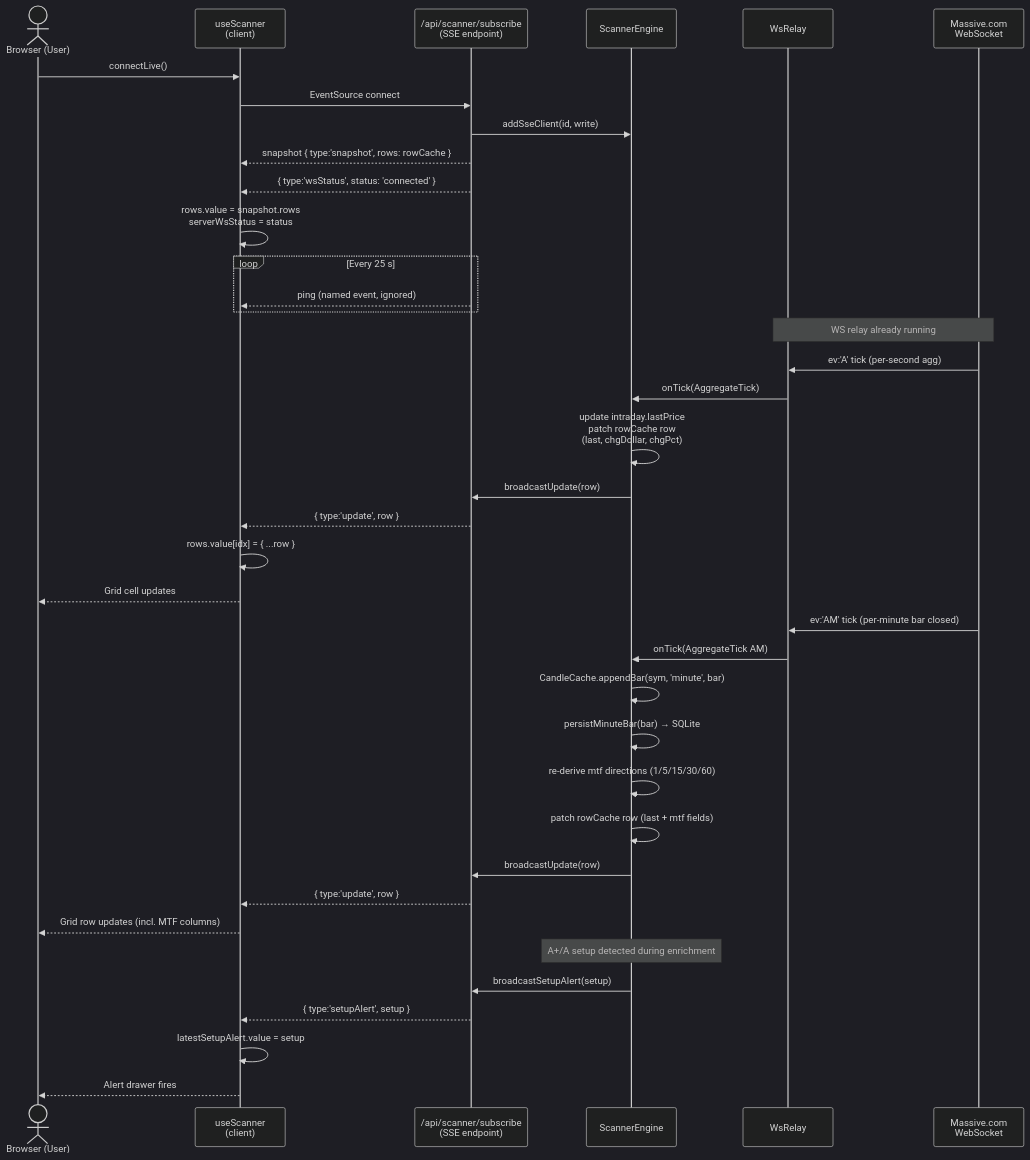
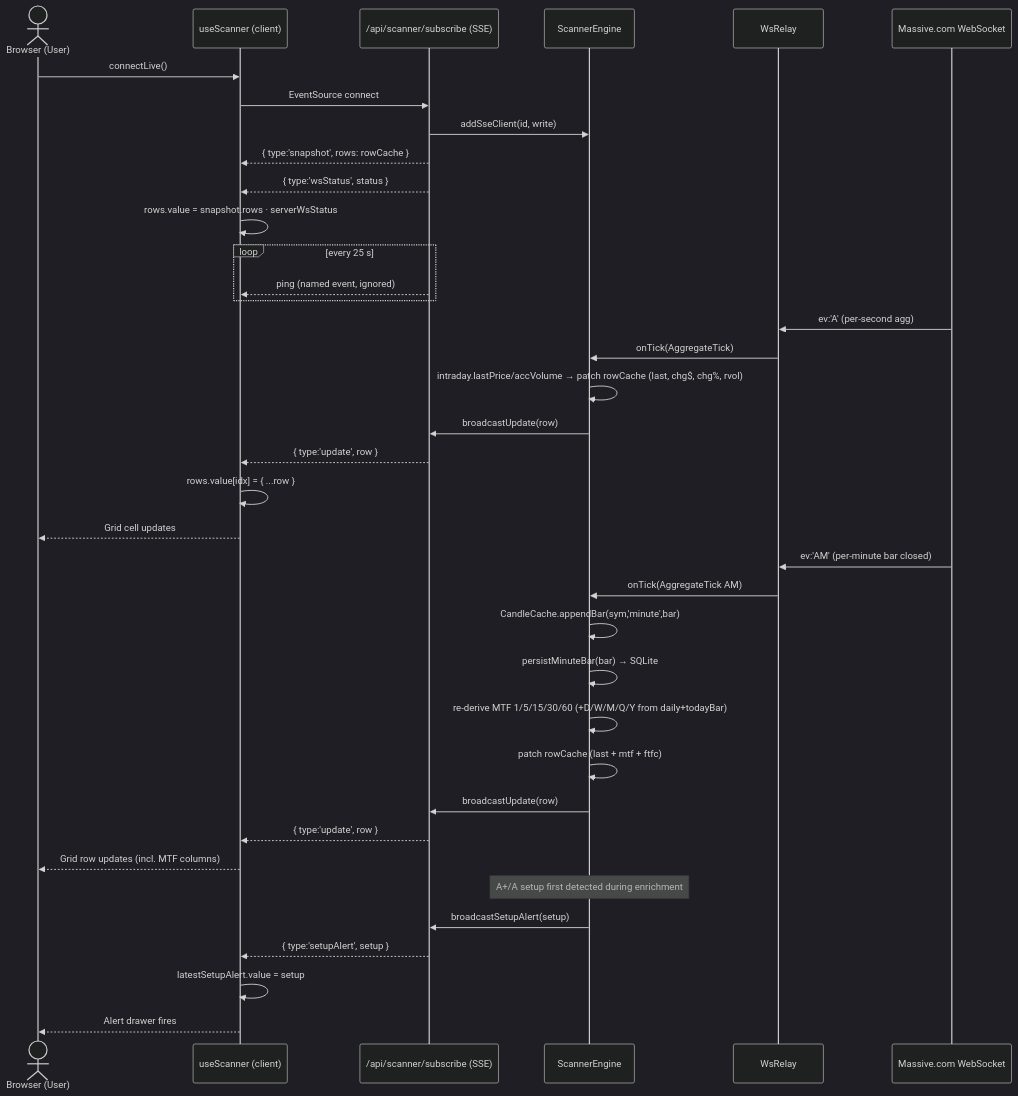
One commit to GerritKnoetze/pulse-trader changed the third of 4 diagrams in docs/DATA_ARCHITECTURE.md. Above: the diagram before and after it, drawn with Mermaid (dark theme). The commit also changed other lines of this file and 3 other files, not shown here.

Commit message:
docs: rewrite data architecture doc

````diff
--- a/docs/DATA_ARCHITECTURE.md
+++ b/docs/DATA_ARCHITECTURE.md
@@ -859,45 +961,44 @@
 ```mermaid
 sequenceDiagram
     actor User as Browser (User)
-    participant SC as useScanner<br/>(client)
-    participant SSE as /api/scanner/subscribe<br/>(SSE endpoint)
+    participant SC as useScanner (client)
+    participant SSE as /api/scanner/subscribe (SSE)
     participant SE as ScannerEngine
     participant WS as WsRelay
-    participant MassWS as Massive.com<br/>WebSocket
+    participant MassWS as Massive.com WebSocket
 
     User->>SC: connectLive()
     SC->>SSE: EventSource connect
     SSE->>SE: addSseClient(id, write)
-    SSE-->>SC: snapshot { type:'snapshot', rows: rowCache }
-    SSE-->>SC: { type:'wsStatus', status: 'connected' }
-    SC->>SC: rows.value = snapshot.rows<br/>serverWsStatus = status
+    SSE-->>SC: { type:'snapshot', rows: rowCache }
+    SSE-->>SC: { type:'wsStatus', status }
+    SC->>SC: rows.value = snapshot.rows · serverWsStatus
 
-    loop Every 25 s
+    loop every 25 s
         SSE-->>SC: ping (named event, ignored)
     end
 
-    Note over WS,MassWS: WS relay already running
-    MassWS->>WS: ev:'A' tick (per-second agg)
+    MassWS->>WS: ev:'A' (per-second agg)
     WS->>SE: onTick(AggregateTick)
-    SE->>SE: update intraday.lastPrice<br/>patch rowCache row<br/>(last, chgDollar, chgPct)
+    SE->>SE: intraday.lastPrice/accVolume → patch rowCache (last, chg$, chg%, rvol)
     SE->>SSE: broadcastUpdate(row)
     SSE-->>SC: { type:'update', row }
     SC->>SC: rows.value[idx] = { ...row }
     SC-->>User: Grid cell updates
 
-    MassWS->>WS: ev:'AM' tick (per-minute bar closed)
+    MassWS->>WS: ev:'AM' (per-minute bar closed)
     WS->>SE: onTick(AggregateTick AM)
-    SE->>SE: CandleCache.appendBar(sym, 'minute', bar)
+    SE->>SE: CandleCache.appendBar(sym,'minute',bar)
     SE->>SE: persistMinuteBar(bar) → SQLite
-    SE->>SE: re-derive mtf directions (1/5/15/30/60)
-    SE->>SE: patch rowCache row (last + mtf fields)
+    SE->>SE: re-derive MTF 1/5/15/30/60 (+D/W/M/Q/Y from daily+todayBar)
+    SE->>SE: patch rowCache (last + mtf + ftfc)
     SE->>SSE: broadcastUpdate(row)
     SSE-->>SC: { type:'update', row }
     SC-->>User: Grid row updates (incl. MTF columns)
 
-    Note over SE: A+/A setup detected during enrichment
+    Note over SE: A+/A setup first detected during enrichment
     SE->>SSE: broadcastSetupAlert(setup)
     SSE-->>SC: { type:'setupAlert', setup }
     SC->>SC: latestSetupAlert.value = setup
     SC-->>User: Alert drawer fires
 ```
````
